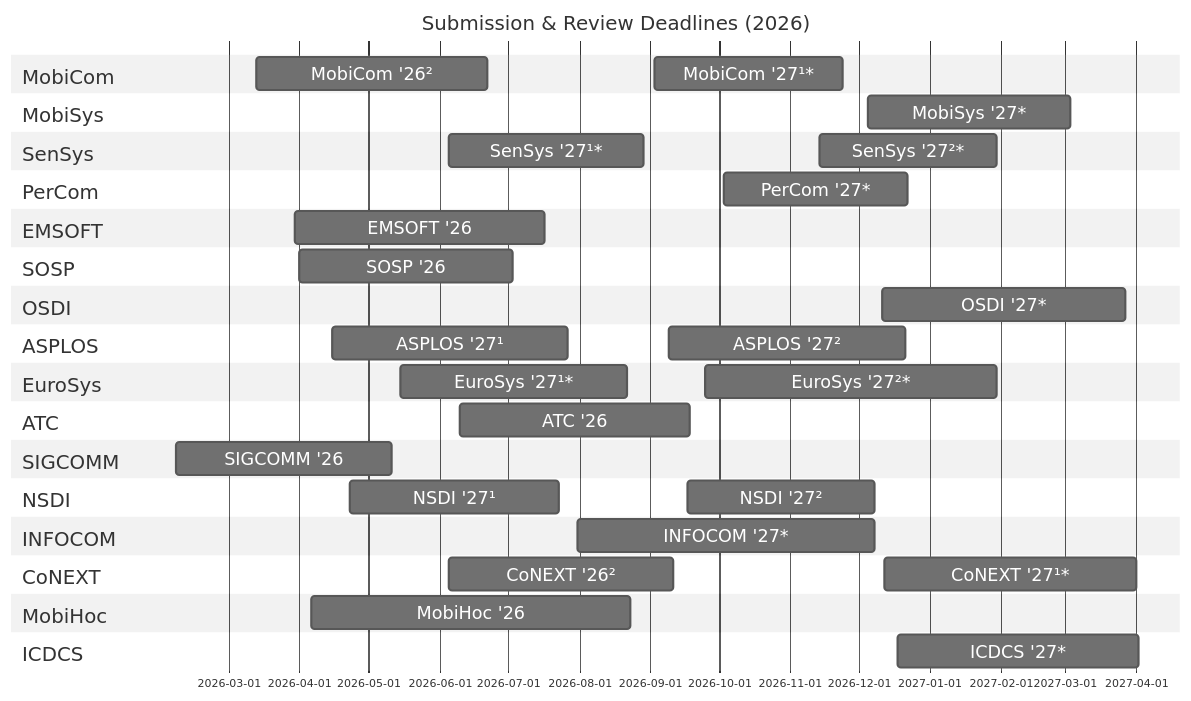
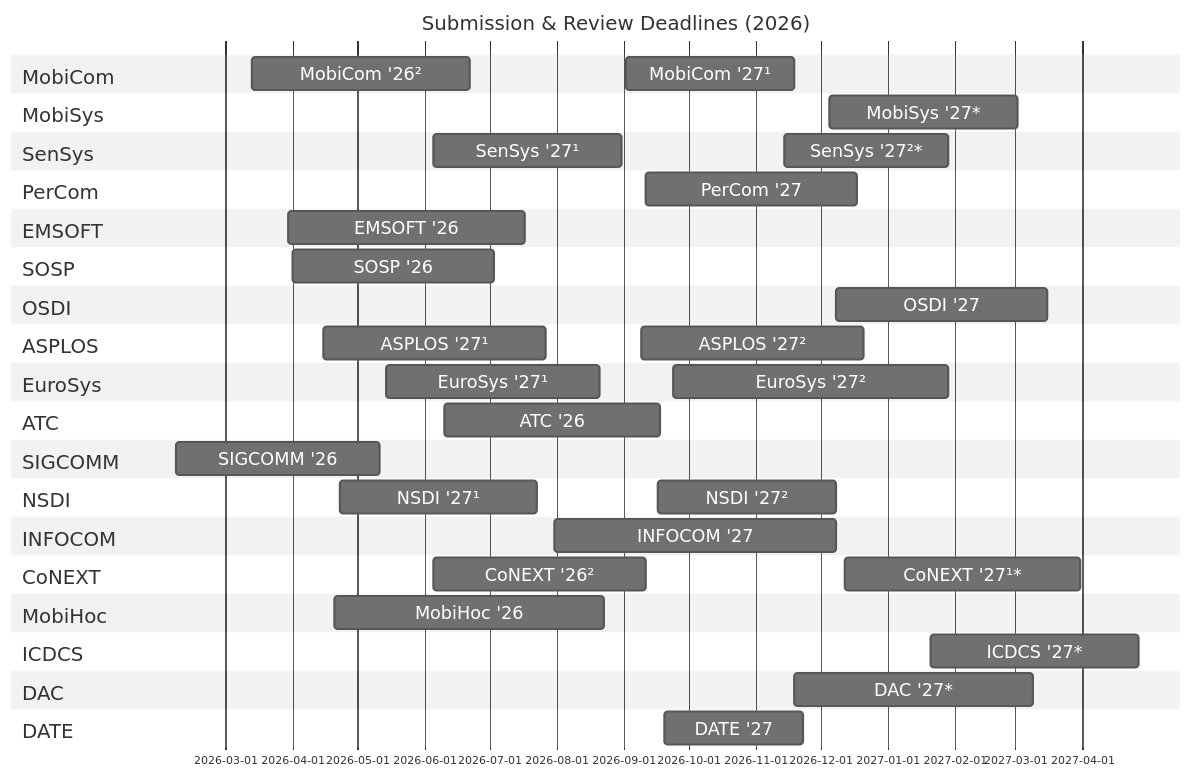
Before and after one commit to iamseonghoon/Mobile-Systems-Conference-Timelines: the diagram in README.md, drawn with Mermaid. The commit also changed other lines of this file, not shown here.

````diff
--- a/README.md
+++ b/README.md
@@ -26,17 +26,17 @@
     %% --------------------------
     section MobiCom
     MobiCom '26² :mobicom26-review2, 2026-03-13, 101d
-    MobiCom '27¹* :mobicom27-review1, 2026-09-03, 82d
+    MobiCom '27¹ :mobicom27-review1, 2026-09-02, 78d
 
     section MobiSys
-    MobiSys '27* :mobisys27-review, 2026-12-05, 88d
+    MobiSys '27* :mobisys27-review, 2026-12-05, 87d
 
     section SenSys
-    SenSys '27¹* :sensys27-review1, 2026-06-05, 85d
-    SenSys '27²* :sensys27-review2, 2026-11-14, 77d
+    SenSys '27¹ :sensys27-review1, 2026-06-05, 87d
+    SenSys '27²* :sensys27-review2, 2026-11-14, 76d
 
     section PerCom
-    PerCom '27* :percom27-review, 2026-10-03, 80d
+    PerCom '27 :percom27-review, 2026-09-11, 98d
 
     section EMSOFT
     EMSOFT '26 :emsoft26-review, 2026-03-30, 109d
@@ -48,15 +48,15 @@
     SOSP '26 :sosp26-review, 2026-04-01, 93d
 
     section OSDI
-    OSDI '27* :osdi27-review, 2026-12-11, 106d
+    OSDI '27 :osdi27-review, 2026-12-08, 98d
 
     section ASPLOS
     ASPLOS '27¹ :asplos27-review1, 2026-04-15, 103d
     ASPLOS '27² :asplos27-review2, 2026-09-09, 103d
 
     section EuroSys
-    EuroSys '27¹* :eurosys27-review1, 2026-05-15, 99d
-    EuroSys '27²* :eurosys27-review2, 2026-09-25, 127d
+    EuroSys '27¹ :eurosys27-review1, 2026-05-14, 99d
+    EuroSys '27² :eurosys27-review2, 2026-09-24, 127d
 
     section ATC
     ATC '26 :atc26-review, 2026-06-10, 100d
@@ -72,15 +72,21 @@
     NSDI '27² :nsdi27-review2, 2026-09-17, 82d
 
     section INFOCOM
-    INFOCOM '27* :infocom27-review, 2026-07-31, 130d
+    INFOCOM '27 :infocom27-review, 2026-07-31, 130d
 
     section CoNEXT
     CoNEXT '26² :conext26-review2, 2026-06-05, 98d
-    CoNEXT '27¹* :conext27-review1, 2026-12-12, 110d
+    CoNEXT '27¹* :conext27-review1, 2026-12-12, 109d
 
     section MobiHoc
-    MobiHoc '26 :mobihoc26-review, 2026-04-06, 139d
+    MobiHoc '26 :mobihoc26-review, 2026-04-20, 125d
 
     section ICDCS
-    ICDCS '27* :icdcs27-review, 2026-12-18, 105d
+    ICDCS '27* :icdcs27-review, 2027-01-21, 96d
+
+    section DAC
+    DAC '27* :dac27-review, 2026-11-19, 110d
+
+    section DATE
+    DATE '27 :date27-review, 2026-09-20, 64d
 ```
````
